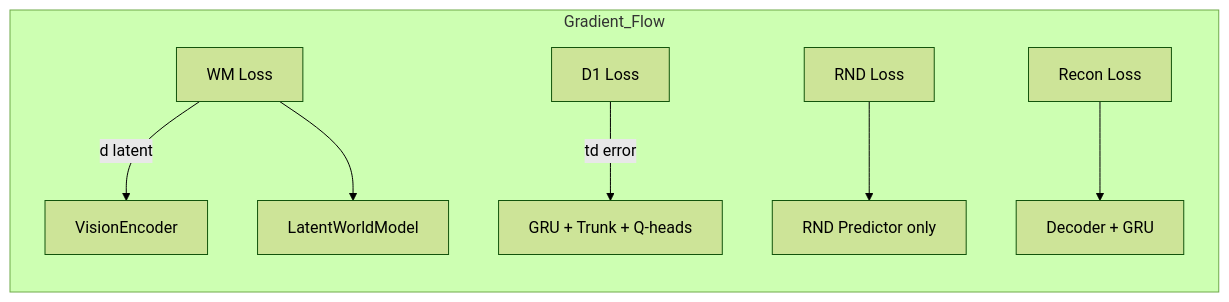
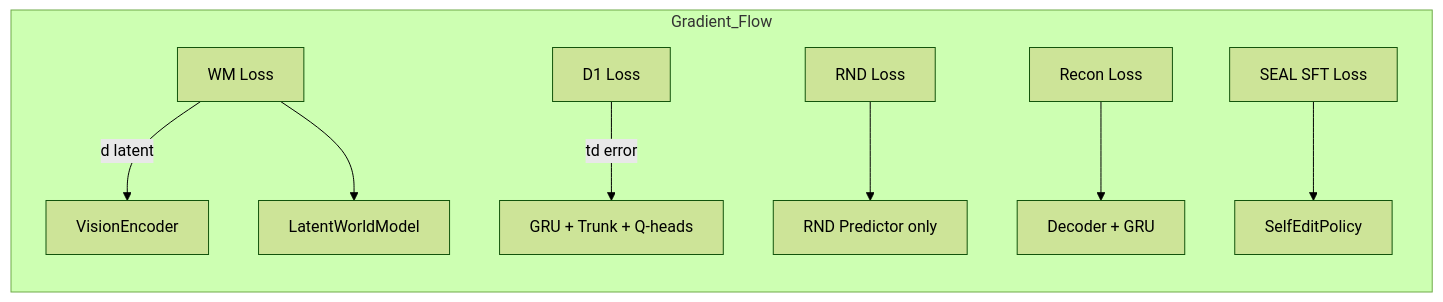
One commit to sciencebanda09/Genesis changed the second of 2 diagrams in README.md. Above: the diagram before and after it, drawn with Mermaid (forest theme). The commit also changed other lines of this file and 1 other file, not shown here.

Commit message:
docs: add Phase 2.6 SEAL to roadmap, README architecture, structure, and usage

````diff
--- a/README.md
+++ b/README.md
@@ -98,10 +109,11 @@
 ```mermaid
 flowchart LR
     subgraph Gradient_Flow
         WM_LOSS[WM Loss] -->|d latent| ENC[VisionEncoder]
         WM_LOSS --> LWM[LatentWorldModel]
         D1_LOSS[D1 Loss] -->|td error| POL[GRU + Trunk + Q-heads]
         RND_LOSS[RND Loss] --> PRED[RND Predictor only]
         RECON_LOSS[Recon Loss] --> DEC[Decoder + GRU]
+        SEAL_LOSS[SEAL SFT Loss] --> SP[SelfEditPolicy]
     end
 ```
````
